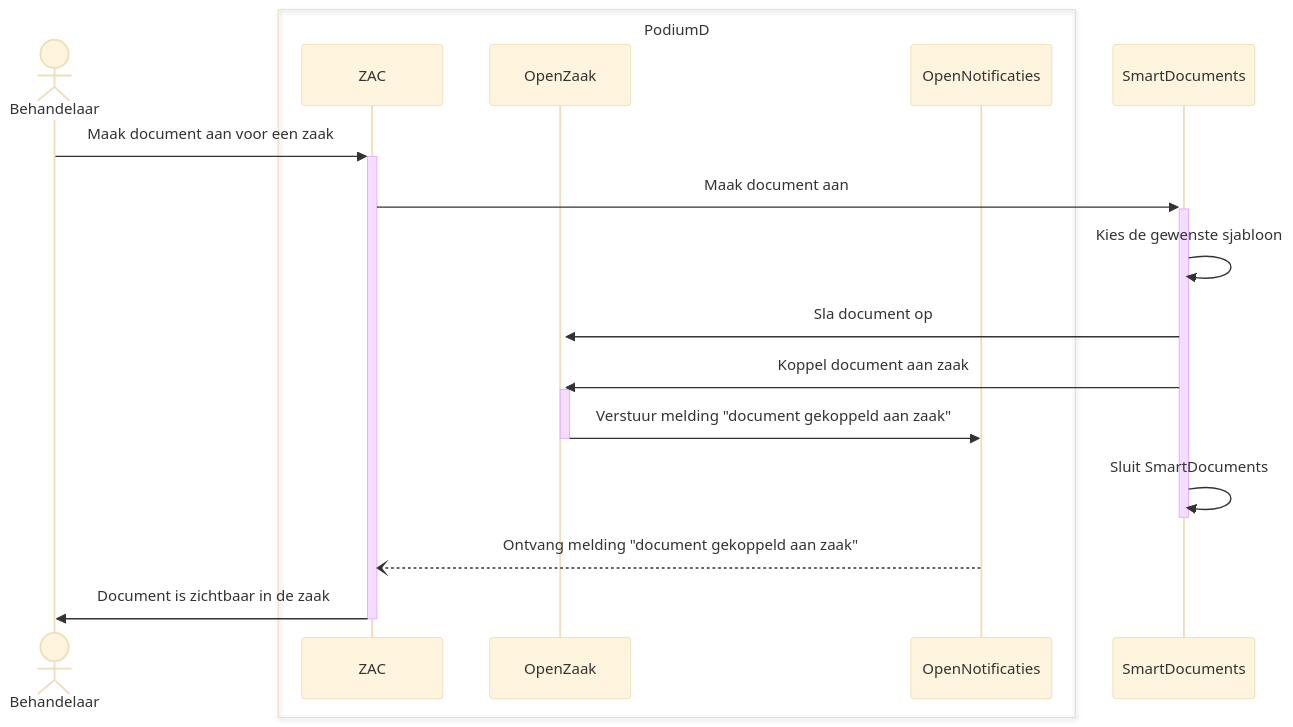
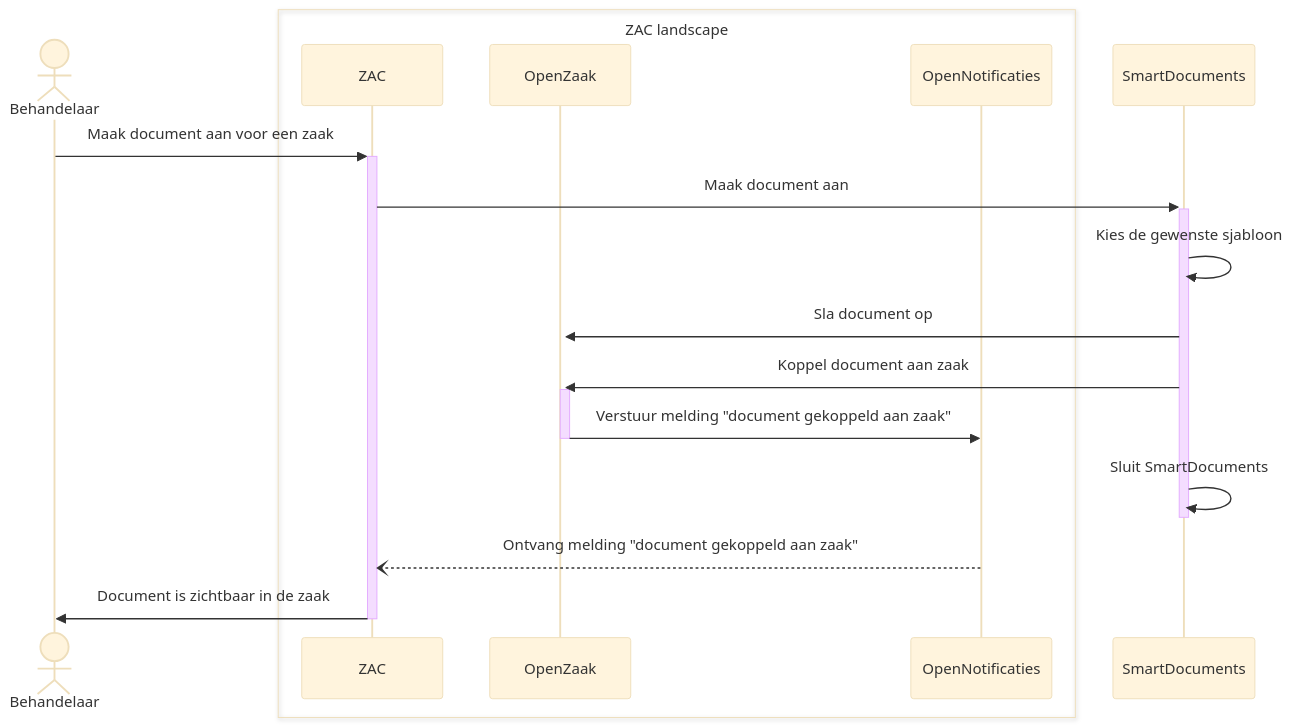
Before and after one commit to infonl/dimpact-zaakafhandelcomponent: the second of 2 diagrams in docs/solution-architecture/technicalFlows.md, drawn with Mermaid (base theme). The commit also changed other lines of this file and 1 other file, not shown here.

Commit message:
feat: added Open Formulieren flow

````diff
--- a/docs/solution-architecture/technicalFlows.md
+++ b/docs/solution-architecture/technicalFlows.md
@@ -32,21 +69,21 @@
 ```mermaid
 sequenceDiagram
     actor Behandelaar
-    box PodiumD
+    box ZAC landscape
     participant ZAC
     participant OpenZaak
     participant OpenNotificaties
     end
     participant SmartDocuments
 
 
     Behandelaar->>+ZAC: Maak document aan voor een zaak
     ZAC->>+SmartDocuments: Maak document aan
     SmartDocuments->>SmartDocuments: Kies de gewenste sjabloon
     SmartDocuments->>+OpenZaak: Sla document op
     SmartDocuments->>+OpenZaak: Koppel document aan zaak
     OpenZaak->>-OpenNotificaties: Verstuur melding "document gekoppeld aan zaak"
     SmartDocuments->>-SmartDocuments: Sluit SmartDocuments
     OpenNotificaties--)ZAC: Ontvang melding "document gekoppeld aan zaak"
     ZAC->>-Behandelaar: Document is zichtbaar in de zaak
 ```
````
